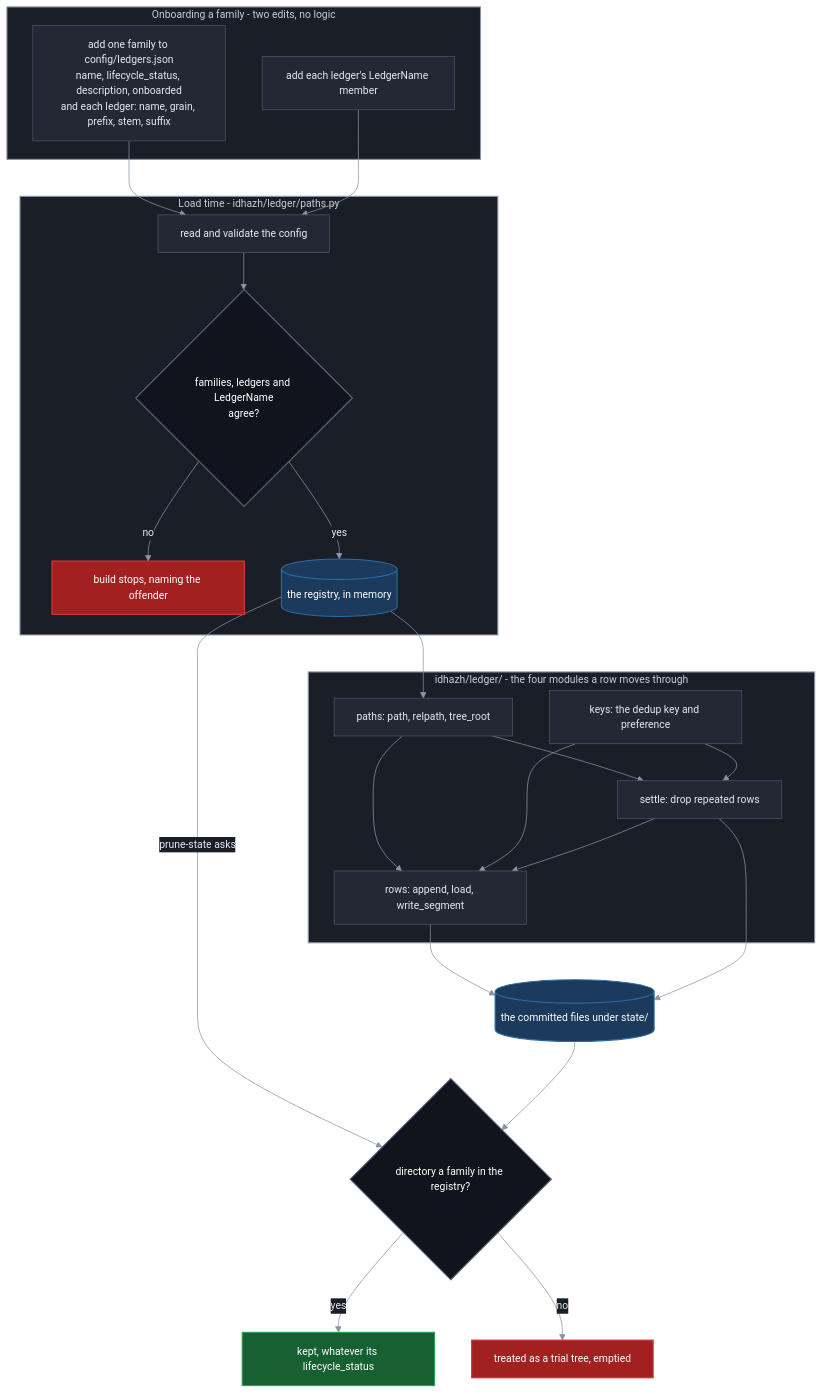
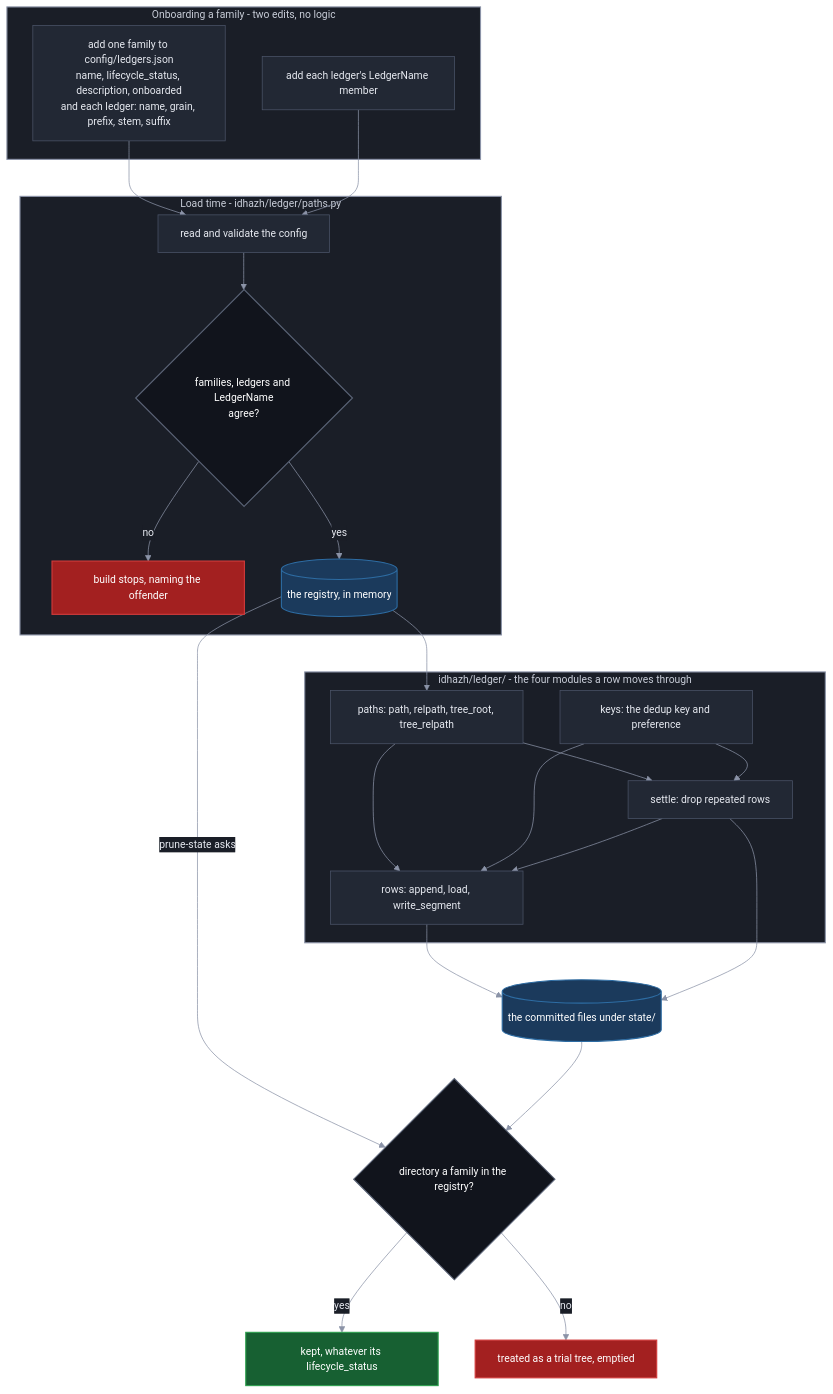
The diagram in docs/architecture/contracts/state-ledgers.md (miztiik/yen-idhazh), drawn with Mermaid before and after one commit. The commit also changed other lines of this file and 26 other files, not shown here.

````diff
--- a/docs/architecture/contracts/state-ledgers.md
+++ b/docs/architecture/contracts/state-ledgers.md
@@ -139,59 +142,59 @@
 ```mermaid
 %%{init: {"theme": "base", "themeVariables": {"background": "#0f1117", "primaryColor": "#222834", "primaryTextColor": "#e6e9f0", "primaryBorderColor": "#4b5468", "lineColor": "#8b93a7", "textColor": "#e6e9f0", "clusterBkg": "#1a1e27", "clusterBorder": "#3a4254", "titleColor": "#e6e9f0", "edgeLabelBackground": "#1a1e27", "fontSize": "14px"}}}%%
 flowchart TB
   subgraph ONBOARD["Onboarding a family - two edits, no logic"]
     ENTRY["add one family to config/ledgers.json<br/>name, lifecycle_status, description, onboarded<br/>and each ledger: name, grain, prefix, stem, suffix"]
     MEMBER["add each ledger's LedgerName member"]
   end
 
   subgraph LOAD["Load time - idhazh/ledger/paths.py"]
     READ["read and validate the config"]
     BIJ{"families, ledgers and LedgerName<br/>agree?"}
     REFUSE["build stops, naming the offender"]
     REG[("the registry, in memory")]
   end
 
   subgraph DOOR["idhazh/ledger/ - the four modules a row moves through"]
-    PATHS["paths: path, relpath, tree_root"]
+    PATHS["paths: path, relpath, tree_root, tree_relpath"]
     KEYS["keys: the dedup key and preference"]
     ROWS["rows: append, load, write_segment"]
     SETTLE["settle: drop repeated rows"]
   end
 
   TREE[("the committed files under state/")]
   PRUNE{"directory a family in the registry?"}
   KEEP["kept, whatever its lifecycle_status"]
   EMPTY["treated as a trial tree, emptied"]
 
   ENTRY --> READ
   MEMBER --> READ
   READ --> BIJ
   BIJ -->|"no"| REFUSE
   BIJ -->|"yes"| REG
   REG --> PATHS
   PATHS --> ROWS
   PATHS --> SETTLE
   KEYS --> ROWS
   KEYS --> SETTLE
   SETTLE --> ROWS
   ROWS --> TREE
   SETTLE --> TREE
   REG -->|"prune-state asks"| PRUNE
   PRUNE -->|"yes"| KEEP
   PRUNE -->|"no"| EMPTY
   TREE --> PRUNE
 
   classDef stage fill:#222834,stroke:#4b5468,stroke-width:1px,color:#e6e9f0;
   classDef decision fill:#11141c,stroke:#5b6477,stroke-width:1.5px,color:#ffffff;
   classDef yes fill:#176032,stroke:#2ea04f,stroke-width:1.5px,color:#ffffff;
   classDef no fill:#a32020,stroke:#d23b3b,stroke-width:1.5px,color:#ffffff;
   classDef ledger fill:#1b3a5c,stroke:#2d6ca3,stroke-width:1.5px,color:#ffffff;
   classDef sysOps fill:#1a1e27,stroke:#8b93a7,stroke-width:1.5px,color:#c8cdd8;
 
   class ENTRY,MEMBER,READ,PATHS,KEYS,ROWS,SETTLE stage;
   class BIJ,PRUNE decision;
   class KEEP yes;
   class REFUSE,EMPTY no;
   class REG,TREE ledger;
   class ONBOARD,LOAD,DOOR sysOps;
 ```
````
